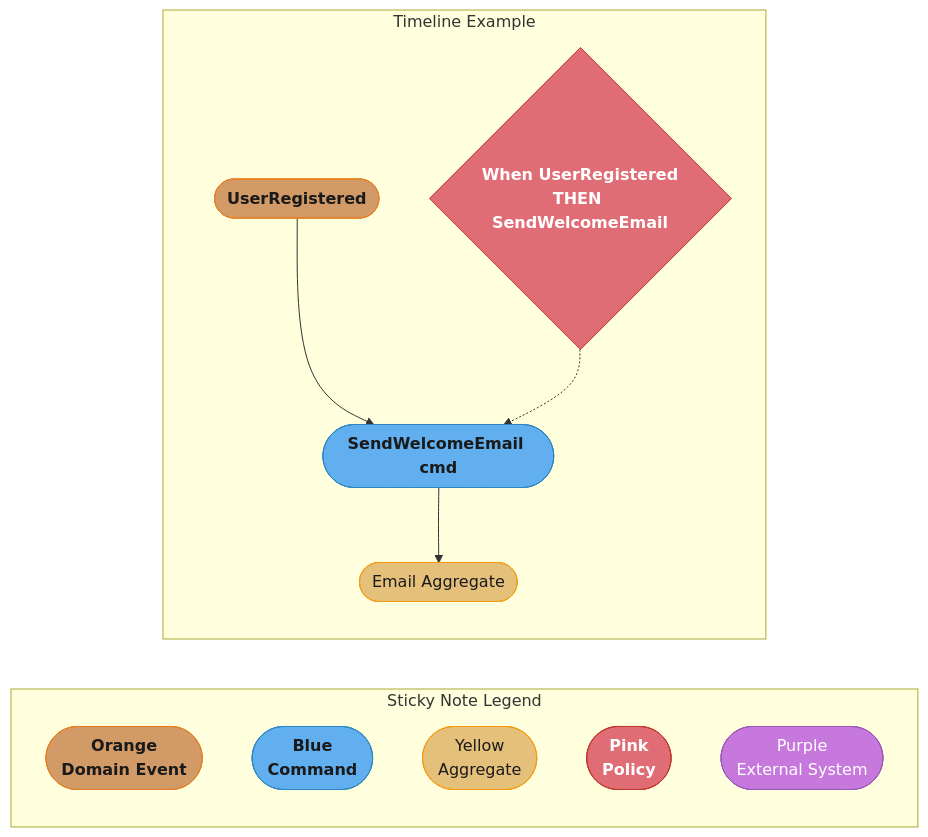
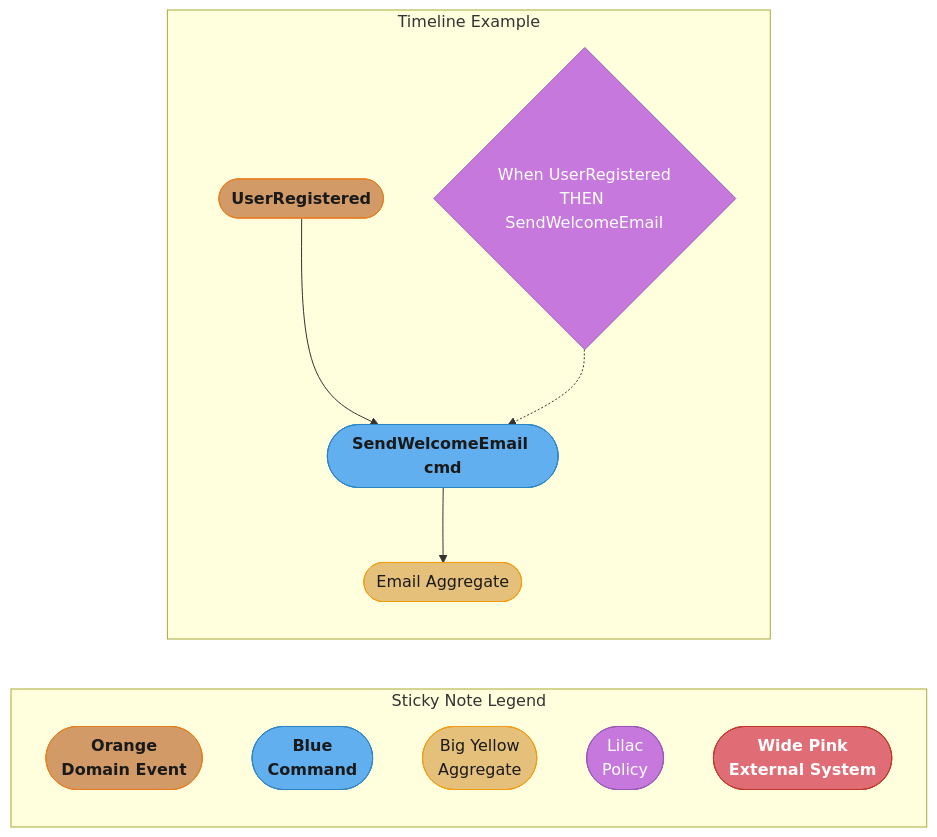
One commit to rppol/system-design changed the third of 6 diagrams in src/main/java/com/rutik/systemdesign/backend/event_driven_fundamentals/README.md. Above: the diagram before and after it, drawn with Mermaid. The commit also changed other lines of this file and 9 other files, not shown here.

````diff
--- a/src/main/java/com/rutik/systemdesign/backend/event_driven_fundamentals/README.md
+++ b/src/main/java/com/rutik/systemdesign/backend/event_driven_fundamentals/README.md
@@ -214,29 +214,29 @@
 ```mermaid
 flowchart LR
     classDef io      fill:#61afef,stroke:#2e86c1,color:#1a1a1a,font-weight:bold
     classDef frozen  fill:#c678dd,stroke:#9b59b6,color:#fff
     classDef train   fill:#98c379,stroke:#27ae60,color:#1a1a1a
     classDef mathOp  fill:#d19a66,stroke:#e67e22,color:#1a1a1a,font-weight:bold
     classDef lossN   fill:#e06c75,stroke:#c0392b,color:#fff,font-weight:bold
     classDef req     fill:#56b6c2,stroke:#0097a7,color:#1a1a1a
     classDef base    fill:#e5c07b,stroke:#f39c12,color:#1a1a1a
 
     subgraph LG["Sticky Note Legend"]
         L1(["Orange<br/>Domain Event"])
         L2(["Blue<br/>Command"])
-        L3(["Yellow<br/>Aggregate"])
-        L4(["Pink<br/>Policy"])
-        L5(["Purple<br/>External System"])
+        L3(["Big Yellow<br/>Aggregate"])
+        L4(["Lilac<br/>Policy"])
+        L5(["Wide Pink<br/>External System"])
     end
 
     subgraph TL["Timeline Example"]
         E1(["UserRegistered"]) --> C1(["SendWelcomeEmail cmd"]) --> A1(["Email Aggregate"])
         P1{"When UserRegistered<br/>THEN SendWelcomeEmail"} -.-> C1
     end
 
     class L1,E1 mathOp
     class L2,C1 io
     class L3,A1 base
-    class L4,P1 lossN
-    class L5 frozen
+    class L4,P1 frozen
+    class L5 lossN
 ```
````
